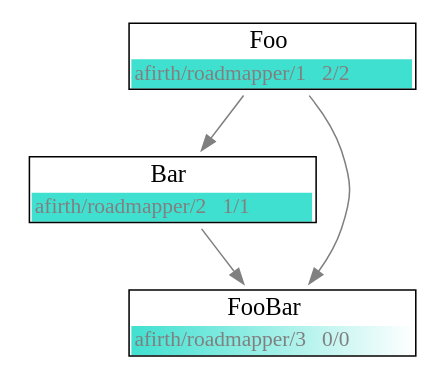
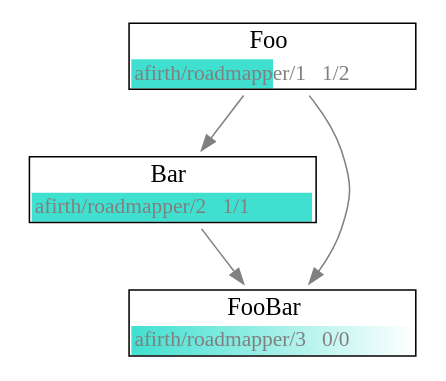
Before and after one commit to afirth/roadmapper: the diagram in output/roadmapper.dot, drawn with Graphviz. The commit also changed 1 other file, not shown here.

```diff
--- a/output/roadmapper.dot
+++ b/output/roadmapper.dot
@@ -1,39 +1,39 @@
 
 digraph {
   node [shape=plaintext fontsize=16,bgcolor=white,  fillcolor=white, style=filled]
   edge [length=100, color=gray, fontcolor=black]
 "afirth_roadmapper_1" [label=<
  <TABLE HREF="https://github.com/afirth/roadmapper/milestone/1" BORDER="1" cellspacing="0" cellborder="0">
     <TR>
         <TD>Foo</TD>
     </TR>
     <TR>
-        <TD bgcolor="Turquoise;0.99:white"><FONT POINT-SIZE="14.0" COLOR="gray">afirth/roadmapper/1   2/2</FONT></TD>
+        <TD bgcolor="Turquoise;0.5:white"><FONT POINT-SIZE="14.0" COLOR="gray">afirth/roadmapper/1   1/2</FONT></TD>
     </TR>
   </TABLE>>];
     
   "afirth_roadmapper_2" [label=<
  <TABLE HREF="https://github.com/afirth/roadmapper/milestone/2" BORDER="1" cellspacing="0" cellborder="0">
     <TR>
         <TD>Bar</TD>
     </TR>
     <TR>
         <TD bgcolor="Turquoise;0.99:white"><FONT POINT-SIZE="14.0" COLOR="gray">afirth/roadmapper/2   1/1</FONT></TD>
     </TR>
   </TABLE>>];
     "afirth_roadmapper_1" -> "afirth_roadmapper_2";
     
   "afirth_roadmapper_3" [label=<
  <TABLE HREF="https://github.com/afirth/roadmapper/milestone/3" BORDER="1" cellspacing="0" cellborder="0">
     <TR>
         <TD>FooBar</TD>
     </TR>
     <TR>
         <TD bgcolor="Turquoise;0:white"><FONT POINT-SIZE="14.0" COLOR="gray">afirth/roadmapper/3   0/0</FONT></TD>
     </TR>
   </TABLE>>];
     "afirth_roadmapper_1" -> "afirth_roadmapper_3";
     "afirth_roadmapper_2" -> "afirth_roadmapper_3";
     
   
 }
```
